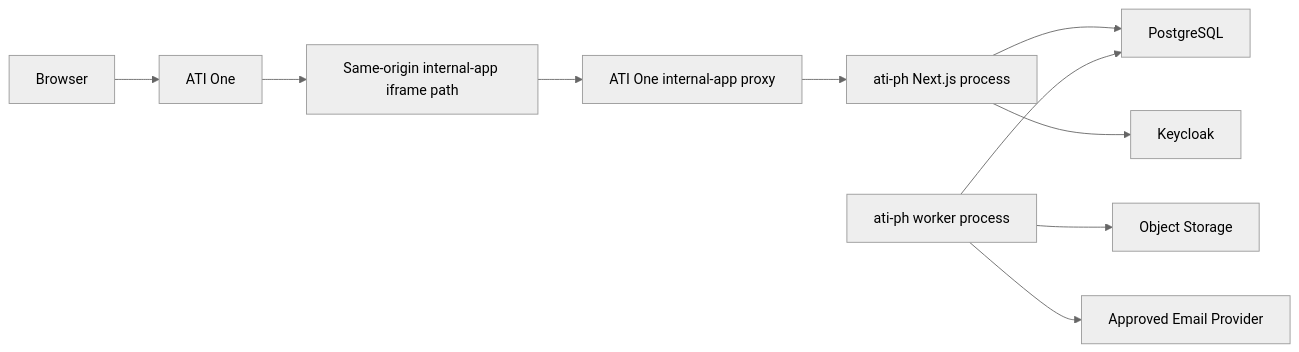
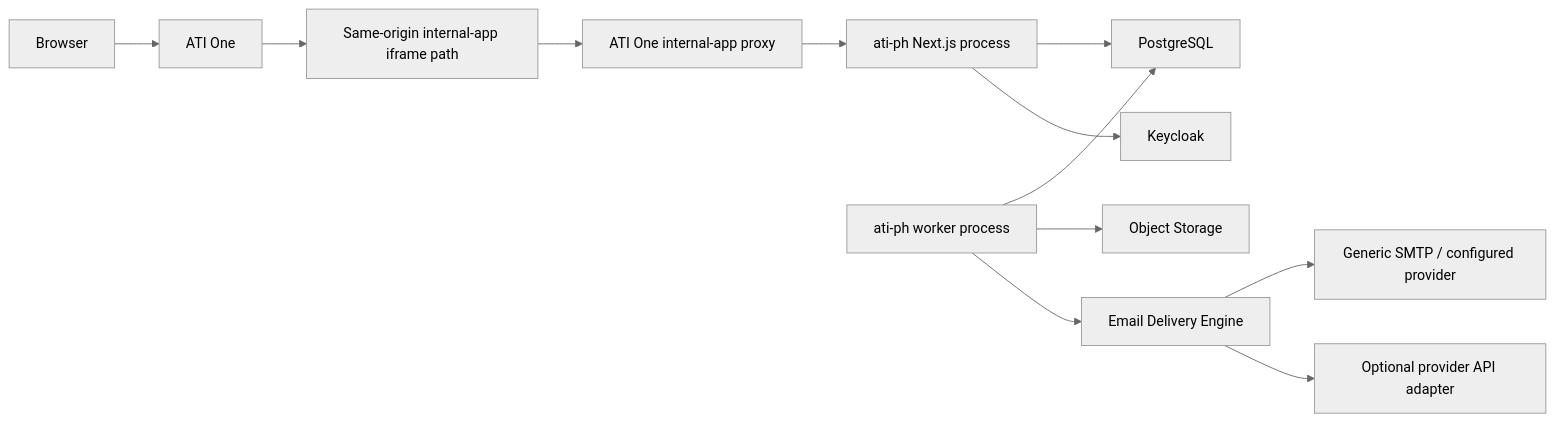
The second of 4 diagrams in architecture.md (anshacerbia2/ati-ph), drawn with Mermaid (neutral theme) before and after one commit. The commit also changed other lines of this file and 6 other files, not shown here.

````diff
--- a/architecture.md
+++ b/architecture.md
@@ -76,12 +85,14 @@
 ```mermaid
 flowchart LR
     B["Browser"] --> PORTAL["ATI One"]
     PORTAL --> FRAME["Same-origin internal-app iframe path"]
     FRAME --> RP["ATI One internal-app proxy"]
     RP --> WEB["ati-ph Next.js process"]
     WEB --> DB["PostgreSQL"]
     WORKER["ati-ph worker process"] --> DB
     WORKER --> OBJ["Object Storage"]
-    WORKER --> MAIL["Approved Email Provider"]
+    WORKER --> EDP["Email Delivery Engine"]
+    EDP --> SMTP["Generic SMTP / configured provider"]
+    EDP --> PAPI["Optional provider API adapter"]
     WEB --> KC["Keycloak"]
 ```
````
